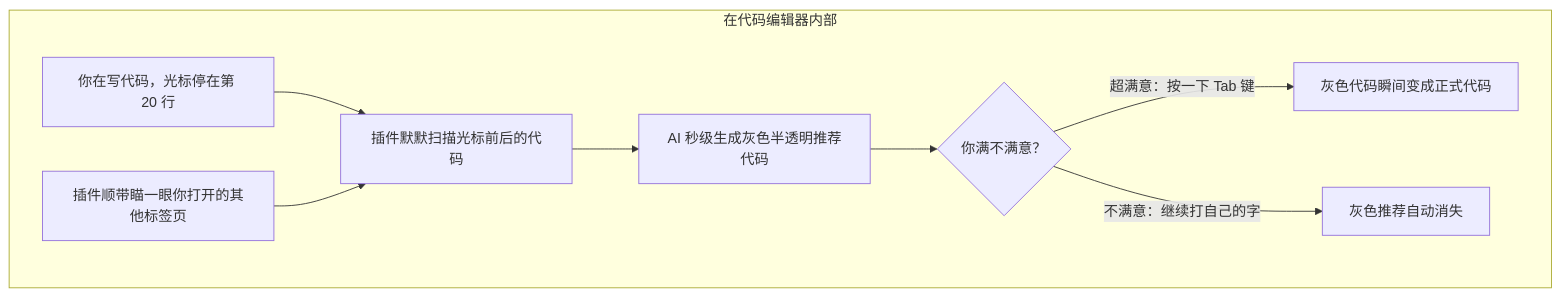
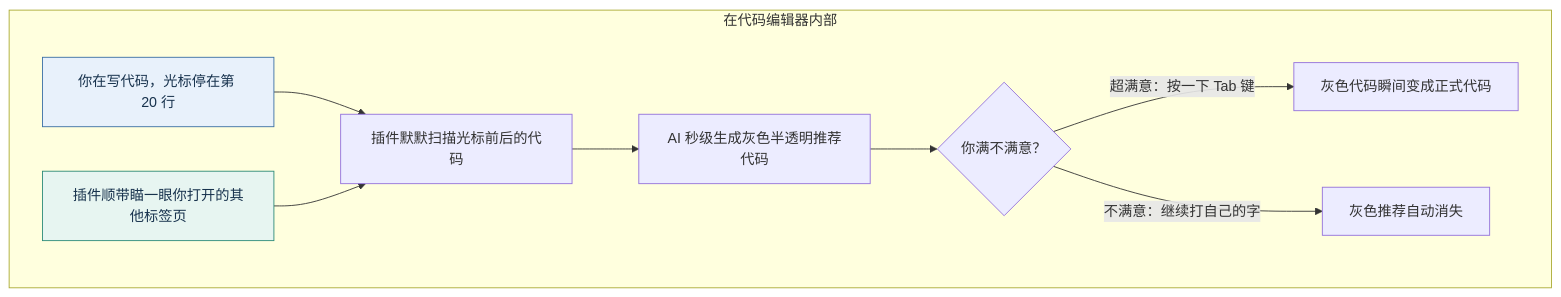
One commit to buffer121328/vibe-coding-and-agents changed the diagram in 01_发展之路/img/diagrams/02-diagram-01.mmd. Above: the diagram before and after it, drawn with Mermaid. The commit also changed 168 other files, not shown here.

```diff
--- a/01_发展之路/img/diagrams/02-diagram-01.mmd
+++ b/01_发展之路/img/diagrams/02-diagram-01.mmd
@@ -1,9 +1,13 @@
 graph TD
     subgraph S1 ["在代码编辑器内部"]
         A["你在写代码，光标停在第 20 行"] --> B["插件默默扫描光标前后的代码"]
         C["插件顺带瞄一眼你打开的其他标签页"] --> B
         B --> D["AI 秒级生成灰色半透明推荐代码"]
         D --> E{"你满不满意？"}
         E -->|"超满意：按一下 Tab 键"| F["灰色代码瞬间变成正式代码"]
         E -->|"不满意：继续打自己的字"| G["灰色推荐自动消失"]
     end
+
+%% Academic palette: restrained blue, teal, gold, violet, and coral accents.
+style A fill:#E8F1FB,stroke:#3A6EA5,color:#17324D
+style C fill:#E7F5F1,stroke:#2B8A78,color:#17324D
```
